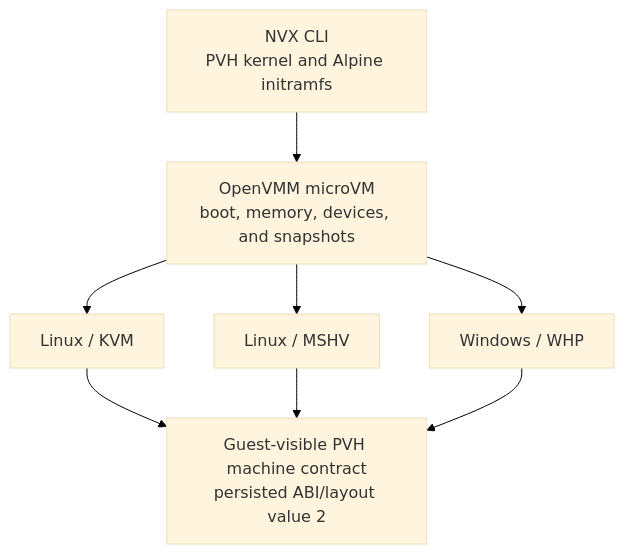
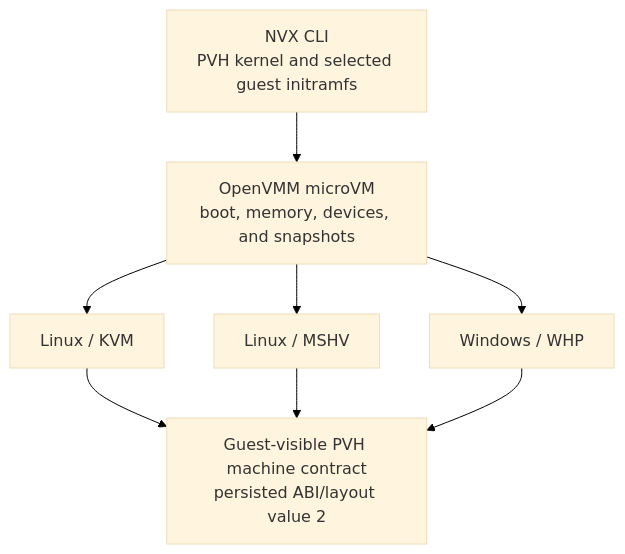
One commit to microsoft/nvx changed the diagram in doc/design/goals.md. Above: the diagram before and after it, drawn with Mermaid. The commit also changed other lines of this file and 52 other files, not shown here.

````diff
--- a/doc/design/goals.md
+++ b/doc/design/goals.md
@@ -27,18 +27,18 @@
 ```mermaid
 %%{init: {"theme": "base", "themeVariables": {"background": "#ffffff"}}}%%
 flowchart TB
-   Inputs["NVX CLI<br/>PVH kernel and Alpine initramfs"]
+   Inputs["NVX CLI<br/>PVH kernel and selected guest initramfs"]
    Profile["OpenVMM microVM<br/>boot, memory, devices, and snapshots"]
    Kvm["Linux / KVM"]
    Mshv["Linux / MSHV"]
    Whp["Windows / WHP"]
    Contract["Guest-visible PVH machine contract<br/>persisted ABI/layout value 2"]
 
    Inputs --> Profile
    Profile --> Kvm
    Profile --> Mshv
    Profile --> Whp
    Kvm --> Contract
    Mshv --> Contract
    Whp --> Contract
 ```
````
